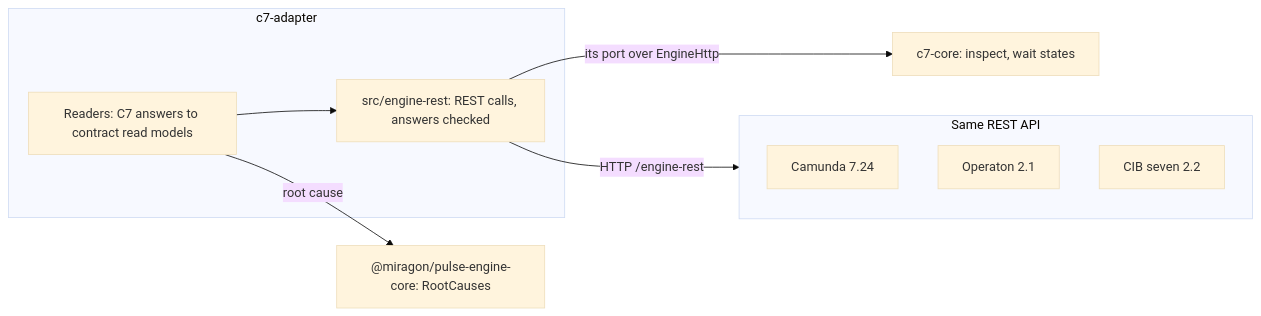
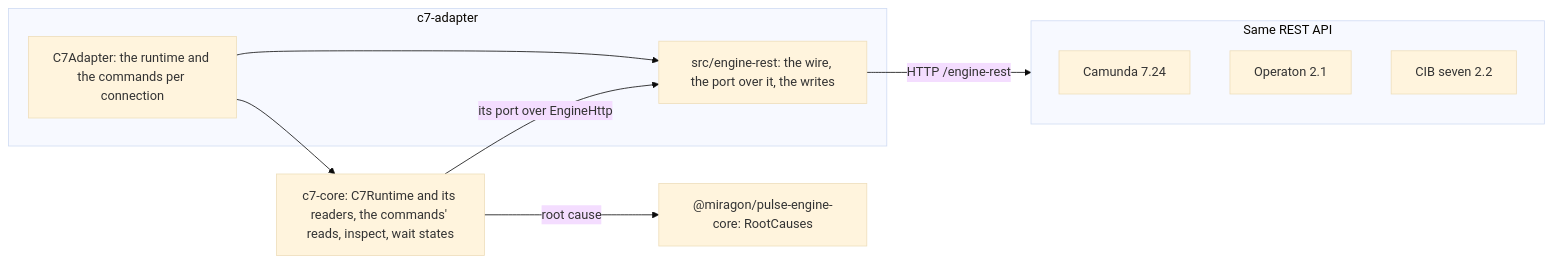
Before and after one commit to Miragon/pulse: the fourth of 7 diagrams in apps/vscode/docs/architecture-overview.md, drawn with Mermaid (base theme). The commit also changed other lines of this file and 1868 other files, not shown here.

````diff
--- a/apps/vscode/docs/architecture-overview.md
+++ b/apps/vscode/docs/architecture-overview.md
@@ -176,18 +194,19 @@
 ```mermaid
 flowchart LR
   subgraph adapter [c7-adapter]
-    readers[Readers: C7 answers to contract read models]
-    rest[src/engine-rest: REST calls, answers checked]
+    plug[C7Adapter: the runtime and the commands per connection]
+    rest[src/engine-rest: the wire, the port over it, the writes]
   end
-  core["c7-core: inspect, wait states"]
+  core["c7-core: C7Runtime and its readers, the commands' reads, inspect, wait states"]
   rules["@miragon/pulse-engine-core: RootCauses"]
   subgraph family [Same REST API]
     camunda7[Camunda 7.24]
     operaton[Operaton 2.1]
     cibseven[CIB seven 2.2]
   end
-  readers --> rest
-  readers -- root cause --> rules
-  rest -- its port over EngineHttp --> core
+  plug --> core
+  plug --> rest
+  core -- root cause --> rules
+  core -- its port over EngineHttp --> rest
   rest -- HTTP /engine-rest --> family
 ```
````
